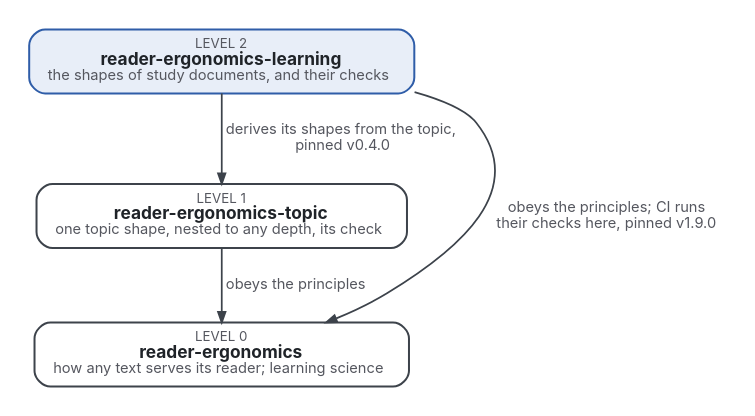
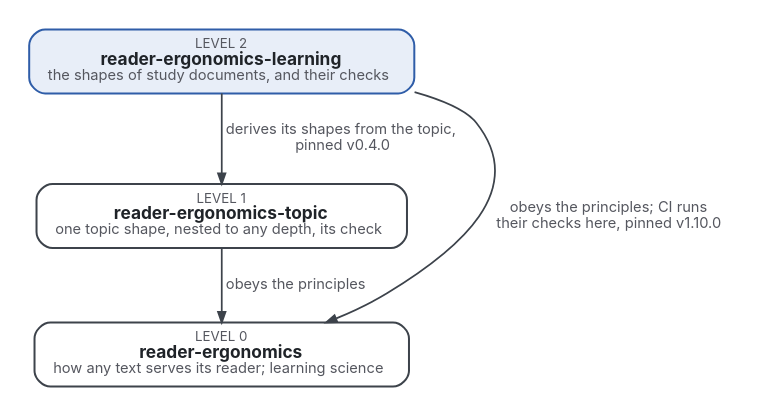
One commit to Tewf/reader-ergonomics-learning changed the diagram in where-it-sits.dot. Above: the diagram before and after it, drawn with Graphviz. The commit also changed 31 other files, not shown here.

First line of the commit message:
Move to reader-ergonomics v1.10.0, and stamp the diagrams it checks

```diff
--- a/where-it-sits.dot
+++ b/where-it-sits.dot
@@ -1,11 +1,11 @@
 digraph levels {
   graph [rankdir=TB, nodesep=0.6, ranksep=0.6, bgcolor="white", pad=0.2, fontname="Inter"];
   node  [shape=box, style="rounded,filled", fontname="Inter", fontsize=13, margin="0.2,0.1", penwidth=1.5, fontcolor="#1F2328"];
   edge  [fontname="Inter", fontsize=11, color="#3D434B", fontcolor="#55575F", penwidth=1.3, arrowsize=0.8];
   L [label=<<font point-size="10" color="#55575F">LEVEL 2</font><br/><b>reader-ergonomics-learning</b><br/><font point-size="11" color="#55575F">the shapes of study documents, and their checks</font>>, fillcolor="#E8EEF8", color="#2F5DA8"];
   T [label=<<font point-size="10" color="#55575F">LEVEL 1</font><br/><b>reader-ergonomics-topic</b><br/><font point-size="11" color="#55575F">one topic shape, nested to any depth, its check</font>>, fillcolor="#FFFFFF", color="#3D434B"];
   R [label=<<font point-size="10" color="#55575F">LEVEL 0</font><br/><b>reader-ergonomics</b><br/><font point-size="11" color="#55575F">how any text serves its reader; learning science</font>>, fillcolor="#FFFFFF", color="#3D434B"];
   L -> T [label=<  derives its shapes from the topic,<br/>  pinned v0.4.0>];
   T -> R [label=<  obeys the principles>];
-  L -> R [label=<  obeys the principles; CI runs<br/>  their checks here, pinned v1.9.0>, constraint=false];
+  L -> R [label=<  obeys the principles; CI runs<br/>  their checks here, pinned v1.10.0>, constraint=false];
 }
```
